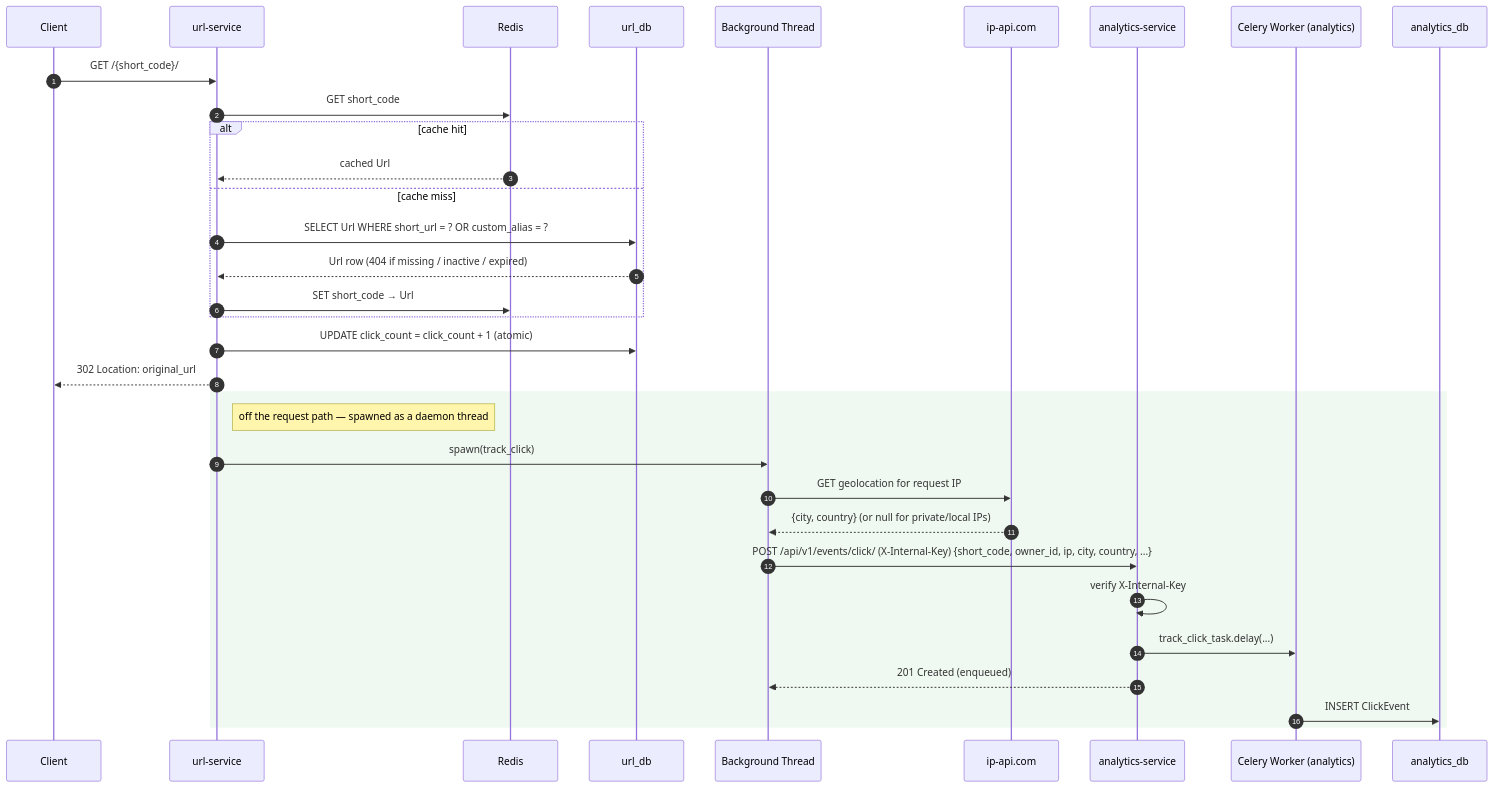
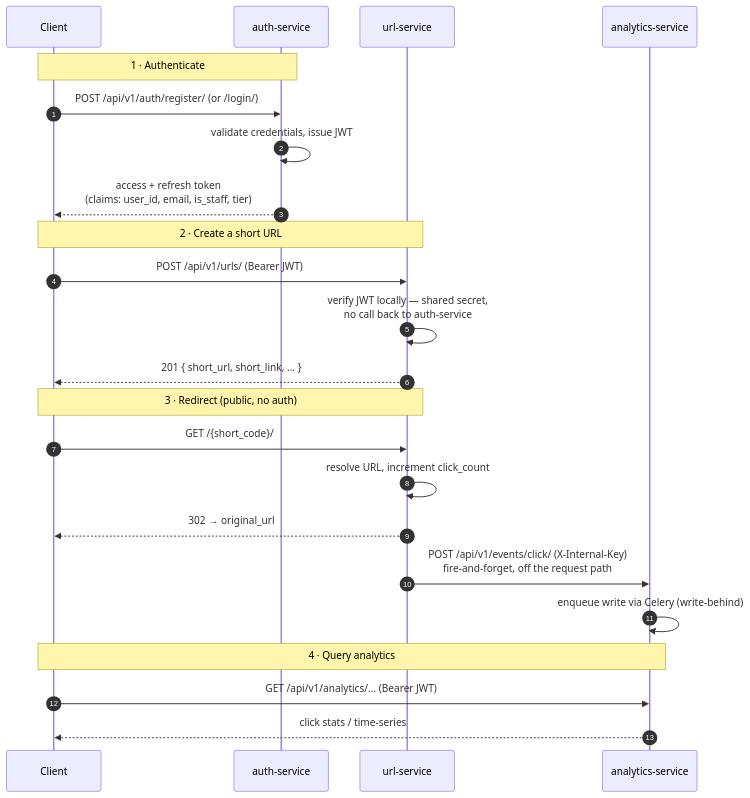
One commit to Ndaziramiyep/AmaliTech_Python_Backend_Labs changed the diagram in Module8_URL_Shortener/Enterprise-Grade_URL_Shortener/README.md. Above: the diagram before and after it, drawn with Mermaid. The commit also changed other lines of this file, not shown here.

Commit message:
updating project architectures

````diff
--- a/Module8_URL_Shortener/Enterprise-Grade_URL_Shortener/README.md
+++ b/Module8_URL_Shortener/Enterprise-Grade_URL_Shortener/README.md
@@ -172,37 +45,30 @@
 ```mermaid
 sequenceDiagram
     autonumber
     participant C as Client
+    participant A as auth-service
     participant U as url-service
-    participant R as Redis
-    participant DB as url_db
-    participant T as Background Thread
-    participant Geo as ip-api.com
-    participant AS as analytics-service
-    participant CW as Celery Worker (analytics)
-    participant ADB as analytics_db
+    participant AN as analytics-service
 
+    Note over C,A: 1 · Authenticate
+    C->>A: POST /api/v1/auth/register/ (or /login/)
+    A->>A: validate credentials, issue JWT
+    A-->>C: access + refresh token<br/>(claims: user_id, email, is_staff, tier)
+
+    Note over C,U: 2 · Create a short URL
+    C->>U: POST /api/v1/urls/ (Bearer JWT)
+    U->>U: verify JWT locally — shared secret,<br/>no call back to auth-service
+    U-->>C: 201 { short_url, short_link, ... }
+
+    Note over C,U: 3 · Redirect (public, no auth)
     C->>U: GET /{short_code}/
-    U->>R: GET short_code
-    alt cache hit
-        R-->>U: cached Url
-    else cache miss
-        U->>DB: SELECT Url WHERE short_url = ? OR custom_alias = ?
-        DB-->>U: Url row (404 if missing / inactive / expired)
-        U->>R: SET short_code → Url
-    end
-    U->>DB: UPDATE click_count = click_count + 1 (atomic)
-    U-->>C: 302 Location: original_url
+    U->>U: resolve URL, increment click_count
+    U-->>C: 302 → original_url
 
-    rect rgba(52, 168, 83, 0.08)
-    Note right of U: off the request path — spawned as a daemon thread
-    U->>T: spawn(track_click)
-    T->>Geo: GET geolocation for request IP
-    Geo-->>T: {city, country} (or null for private/local IPs)
-    T->>AS: POST /api/v1/events/click/ (X-Internal-Key) {short_code, owner_id, ip, city, country, ...}
-    AS->>AS: verify X-Internal-Key
-    AS->>CW: track_click_task.delay(...)
-    AS-->>T: 201 Created (enqueued)
-    CW->>ADB: INSERT ClickEvent
-    end
+    U->>AN: POST /api/v1/events/click/ (X-Internal-Key)<br/>fire-and-forget, off the request path
+    AN->>AN: enqueue write via Celery (write-behind)
+
+    Note over C,AN: 4 · Query analytics
+    C->>AN: GET /api/v1/analytics/... (Bearer JWT)
+    AN-->>C: click stats / time-series
 ```
````
